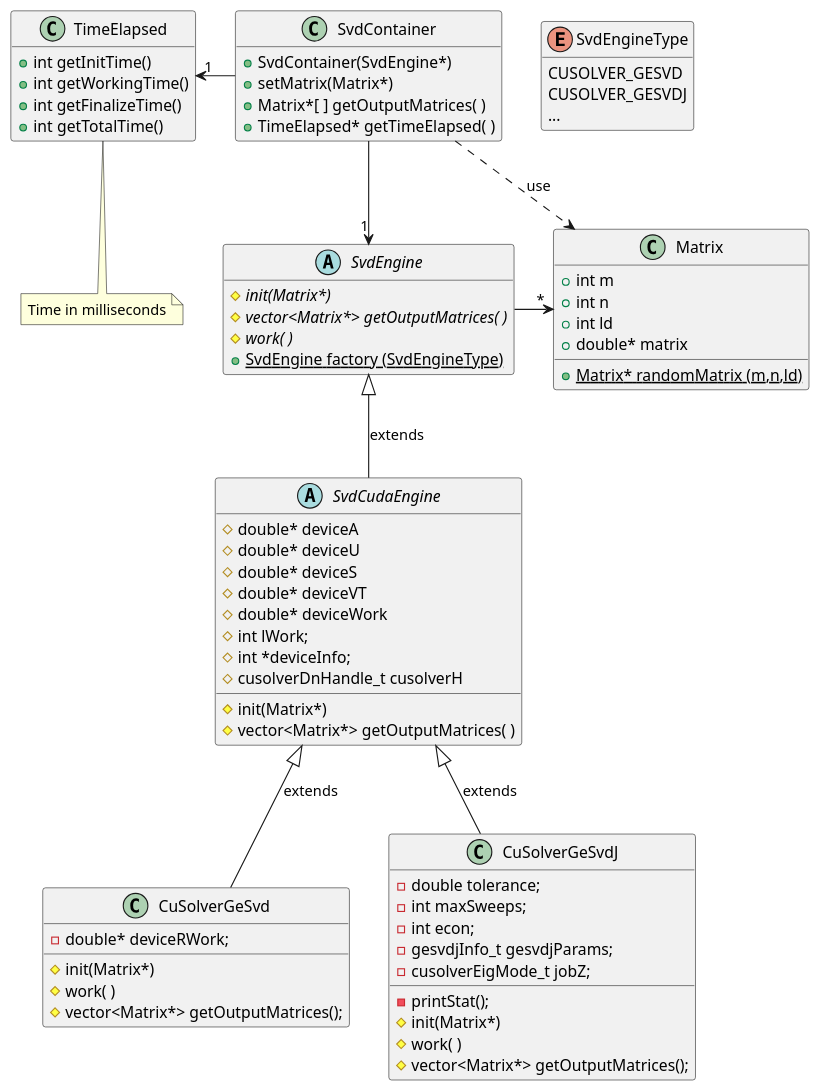
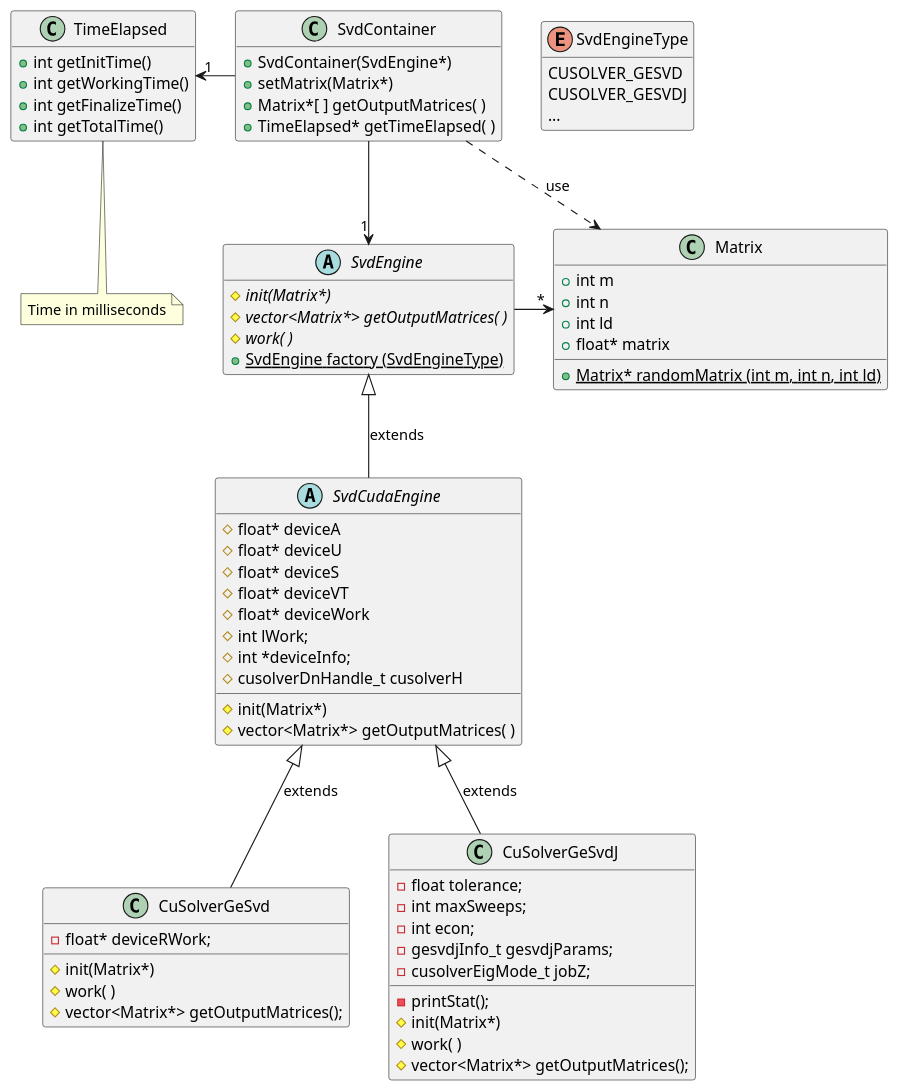
Before and after one commit to newfla/CUDA-K-SVD-Denoising: the diagram in uml/src/classDiagram.puml, drawn with PlantUML. The commit also changed 11 other files, not shown here.

```diff
--- a/uml/src/classDiagram.puml
+++ b/uml/src/classDiagram.puml
@@ -1,95 +1,95 @@
 @startuml diagrammaSVD
 
 class Matrix{
     + int m
     + int n
     + int ld
-    + double* matrix
-    {static} + Matrix* randomMatrix (m,n,ld)
+    + float* matrix
+    {static} + Matrix* randomMatrix (int m, int n, int ld)
 
 }
 
 abstract class SvdEngine{
     
     {abstract} # init(Matrix*)
     {abstract} # vector<Matrix*> getOutputMatrices( )
     {abstract} # work( )
     {static} + SvdEngine factory (SvdEngineType)
 }
 
 abstract class SvdCudaEngine{
 
-    # double* deviceA
-    # double* deviceU
-    # double* deviceS
-    # double* deviceVT
-    # double* deviceWork
+    # float* deviceA
+    # float* deviceU
+    # float* deviceS
+    # float* deviceVT
+    # float* deviceWork
     # int lWork;
     # int *deviceInfo;
     # cusolverDnHandle_t cusolverH
     
 
     #  init(Matrix*)
     #  vector<Matrix*> getOutputMatrices( )
 }
 
 enum SvdEngineType{
         CUSOLVER_GESVD
         CUSOLVER_GESVDJ
         ...
 }
 
 class CuSolverGeSvd{
 
-    - double* deviceRWork;
+    - float* deviceRWork;
 
     # init(Matrix*)
     # work( )
     # vector<Matrix*> getOutputMatrices();
 }
 
 class CuSolverGeSvdJ{
 
-    - double tolerance;
+    - float tolerance;
     - int maxSweeps;
     - int econ;
     - gesvdjInfo_t gesvdjParams;
     - cusolverEigMode_t jobZ;
 
     - printStat();
     # init(Matrix*)
     # work( )
     # vector<Matrix*> getOutputMatrices();
 }
 
 
 class TimeElapsed{
     + int getInitTime()
     + int getWorkingTime()
     + int getFinalizeTime()
     + int getTotalTime()
 }
 
 note bottom: Time in milliseconds
 
 class SvdContainer{
     + SvdContainer(SvdEngine*)
     + setMatrix(Matrix*)
     + Matrix*[ ] getOutputMatrices( )
     + TimeElapsed* getTimeElapsed( )
 }
 
 SvdContainer ..>  Matrix : use
 SvdContainer --> "1" SvdEngine
 TimeElapsed "1" <- SvdContainer
 SvdEngine -> "*" Matrix
 SvdEngine <|-- SvdCudaEngine : extends
 SvdCudaEngine <|-- CuSolverGeSvdJ : extends
 SvdCudaEngine <|-- CuSolverGeSvd : extends
 
 hide SvdEngine fields
 hide TimeElapsed fields
 hide SvdContainer fields
 hide SvdEngineType methods
 
 @enduml
```
